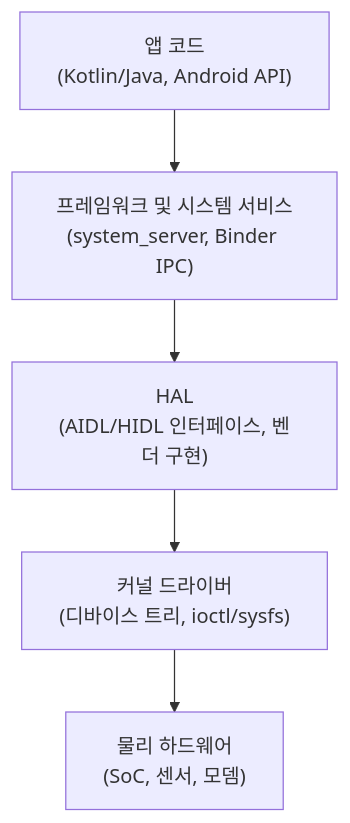
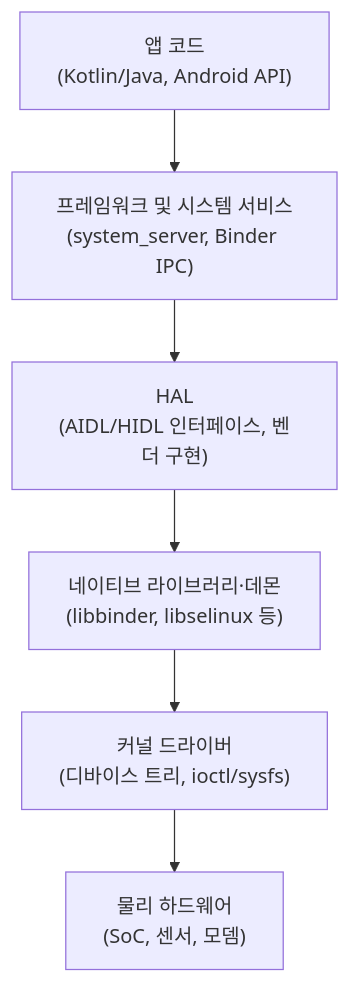
The diagram in content/collection/android-hardware-development/00-getting-started-android-hardware-development/index.md (42jerrykim/42jerrykim.github.io), drawn with Mermaid before and after one commit. The commit also changed other lines of this file and 1 other file, not shown here.

````diff
--- a/content/collection/android-hardware-development/00-getting-started-android-hardware-development/index.md
+++ b/content/collection/android-hardware-development/00-getting-started-android-hardware-development/index.md
@@ -79,10 +79,11 @@
 ```mermaid
 flowchart TB
     app["앱 코드<br/>(Kotlin/Java, Android API)"]
     framework["프레임워크 및 시스템 서비스<br/>(system_server, Binder IPC)"]
     hal["HAL<br/>(AIDL/HIDL 인터페이스, 벤더 구현)"]
+    native["네이티브 라이브러리·데몬<br/>(libbinder, libselinux 등)"]
     kernel["커널 드라이버<br/>(디바이스 트리, ioctl/sysfs)"]
     hw["물리 하드웨어<br/>(SoC, 센서, 모뎀)"]
 
-    app --> framework --> hal --> kernel --> hw
+    app --> framework --> hal --> native --> kernel --> hw
 ```
````
